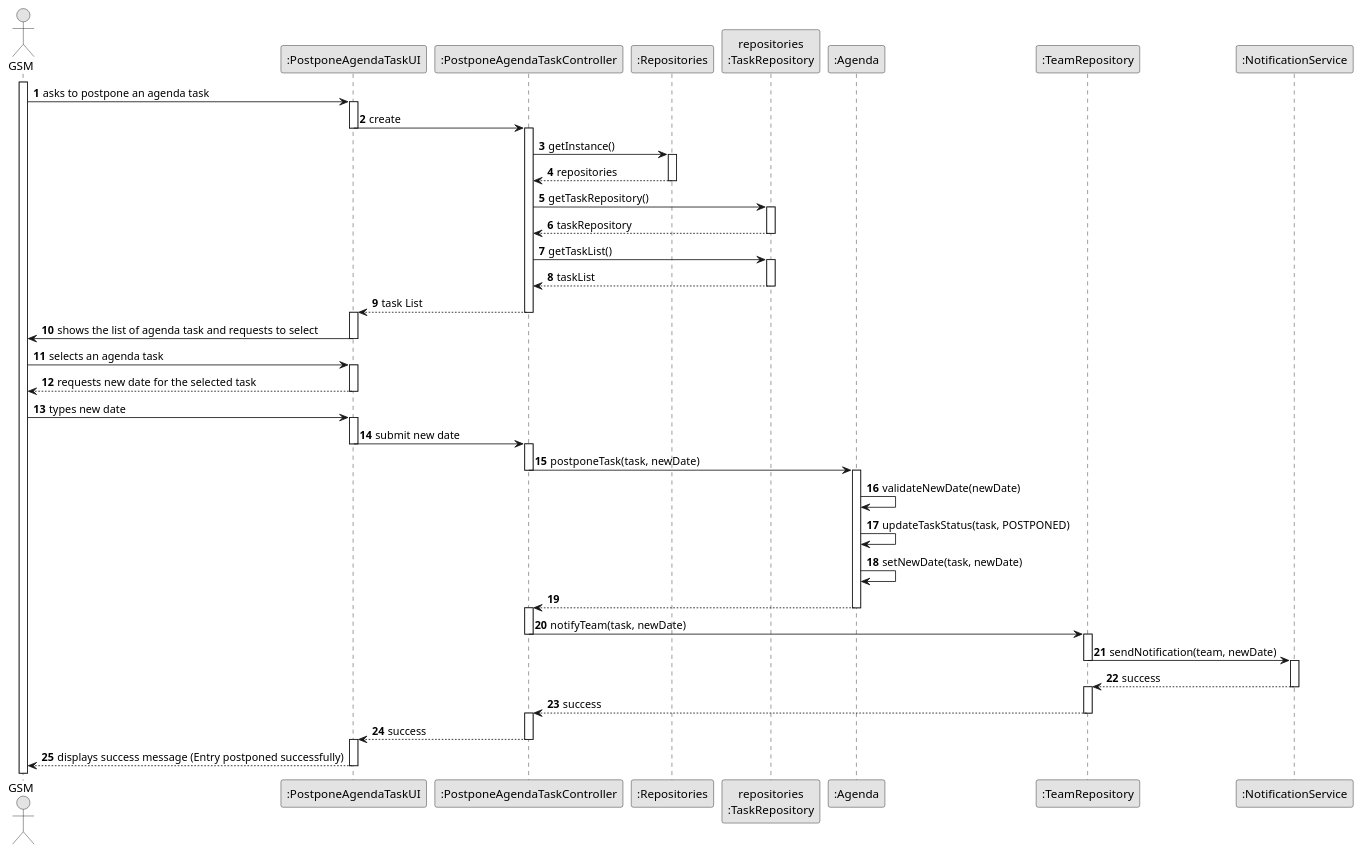
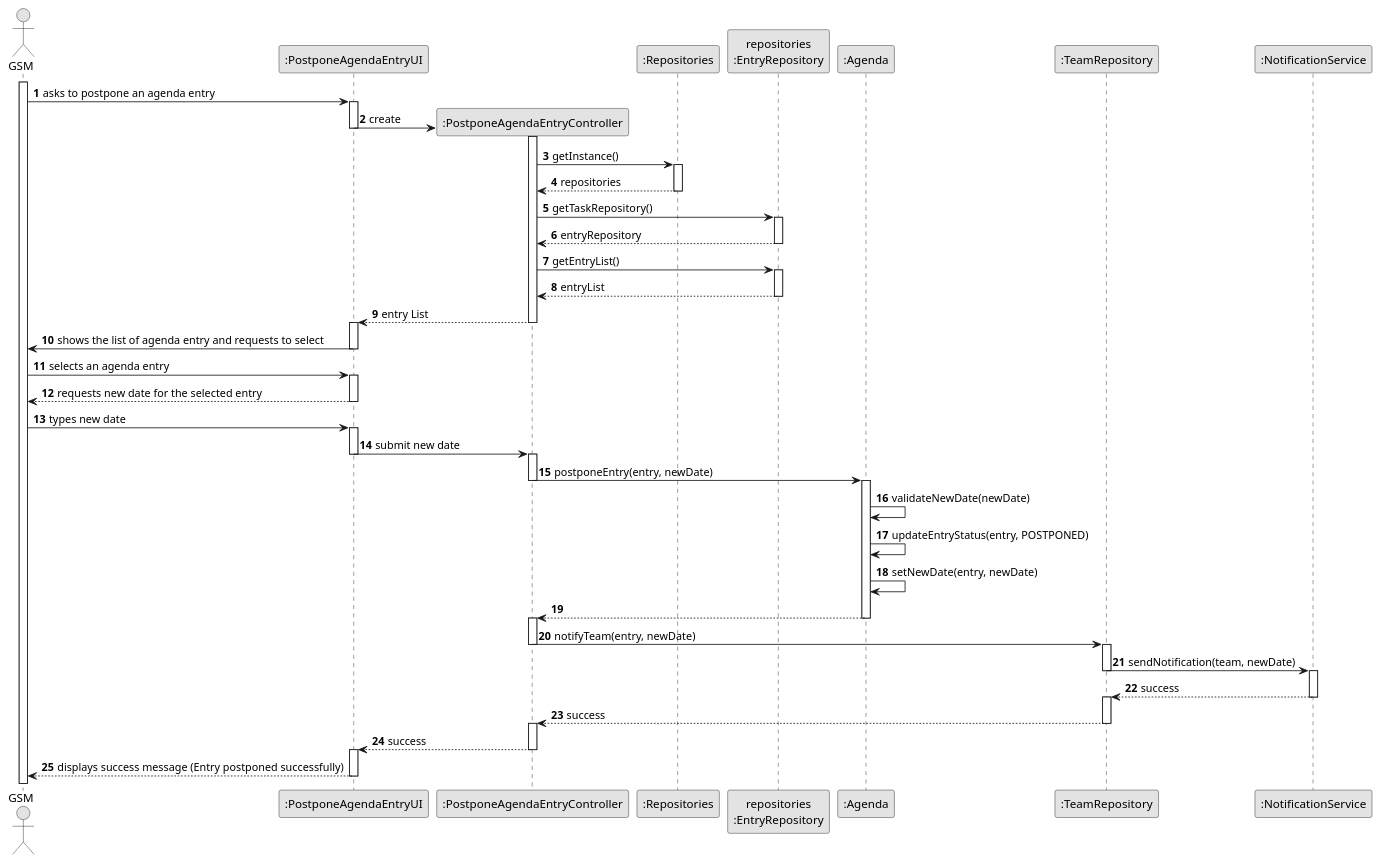
Before and after one commit to ricardomm7/leaflink: the diagram in docs/sprintC/us024/03.design/puml/us024-sequence-diagram-full.puml, drawn with PlantUML. The commit also changed 30 other files, not shown here.

Commit message:
Change Task to Entry in US24, US25, US29; Update domain model; Send verification from UI to Domain (Vehicle)

```diff
--- a/docs/sprintC/us024/03.design/puml/us024-sequence-diagram-full.puml
+++ b/docs/sprintC/us024/03.design/puml/us024-sequence-diagram-full.puml
@@ -1,99 +1,99 @@
 @startuml
 skinparam monochrome true
 skinparam packageStyle rectangle
 skinparam shadowing false
 
 autonumber
 
 actor "GSM" as GSM
-participant ":PostponeAgendaTaskUI" as UI
-participant ":PostponeAgendaTaskController" as CTRL
+participant ":PostponeAgendaEntryUI" as UI
+participant ":PostponeAgendaEntryController" as CTRL
 participant ":Repositories" as RepositorySingleton
-participant "repositories\n:TaskRepository" as TaskRepo
+participant "repositories\n:EntryRepository" as EntryRepo
 participant ":Agenda" as Agenda
 participant ":TeamRepository" as TeamRepo
 participant ":NotificationService" as NotificationService
 
 activate GSM
 
-    GSM -> UI : asks to postpone an agenda task
+    GSM -> UI : asks to postpone an agenda entry
     activate UI
 
-        UI -> CTRL : create
+        UI -> CTRL** : create
         deactivate UI
         activate CTRL
 
             CTRL -> RepositorySingleton : getInstance()
             activate RepositorySingleton
 
                 RepositorySingleton --> CTRL : repositories
             deactivate RepositorySingleton
 
-            CTRL -> TaskRepo : getTaskRepository()
-            activate TaskRepo
+            CTRL -> EntryRepo : getTaskRepository()
+            activate EntryRepo
 
-                TaskRepo --> CTRL : taskRepository
-            deactivate TaskRepo
+                EntryRepo --> CTRL : entryRepository
+            deactivate EntryRepo
 
-            CTRL -> TaskRepo :getTaskList()
-            activate TaskRepo
+            CTRL -> EntryRepo :getEntryList()
+            activate EntryRepo
 
-            TaskRepo --> CTRL : taskList
-            deactivate TaskRepo
+            EntryRepo --> CTRL : entryList
+            deactivate EntryRepo
 
-            CTRL --> UI : task List
+            CTRL --> UI : entry List
         deactivate CTRL
         activate UI
 
-        UI -> GSM : shows the list of agenda task and requests to select
+        UI -> GSM : shows the list of agenda entry and requests to select
     deactivate UI
 
-    GSM -> UI : selects an agenda task
+    GSM -> UI : selects an agenda entry
     activate UI
 
-        UI --> GSM : requests new date for the selected task
+        UI --> GSM : requests new date for the selected entry
     deactivate UI
 
     GSM -> UI : types new date
     activate UI
 
         UI -> CTRL : submit new date
         deactivate UI
         activate CTRL
 
-            CTRL -> Agenda : postponeTask(task, newDate)
+            CTRL -> Agenda : postponeEntry(entry, newDate)
             deactivate CTRL
             activate Agenda
 
                 Agenda -> Agenda : validateNewDate(newDate)
-                Agenda -> Agenda : updateTaskStatus(task, POSTPONED)
-                Agenda -> Agenda : setNewDate(task, newDate)
+                Agenda -> Agenda : updateEntryStatus(entry, POSTPONED)
+                Agenda -> Agenda : setNewDate(entry, newDate)
 
                 Agenda --> CTRL :
             deactivate Agenda
             activate CTRL
 
-            CTRL -> TeamRepo : notifyTeam(task, newDate)
+            CTRL -> TeamRepo : notifyTeam(entry, newDate)
             deactivate CTRL
             activate TeamRepo
 
                 TeamRepo -> NotificationService : sendNotification(team, newDate)
                 deactivate TeamRepo
                 activate NotificationService
 
                     NotificationService --> TeamRepo : success
                 deactivate NotificationService
                 activate TeamRepo
 
             TeamRepo --> CTRL : success
             deactivate TeamRepo
             activate CTRL
 
             CTRL --> UI : success
         deactivate CTRL
         activate UI
 
         UI --> GSM : displays success message (Entry postponed successfully)
     deactivate UI
 
 @enduml
```
